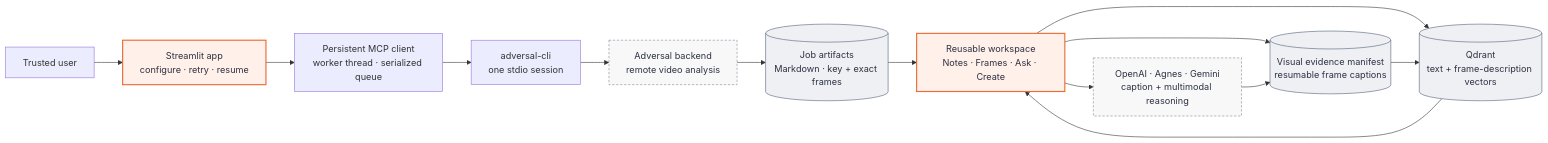
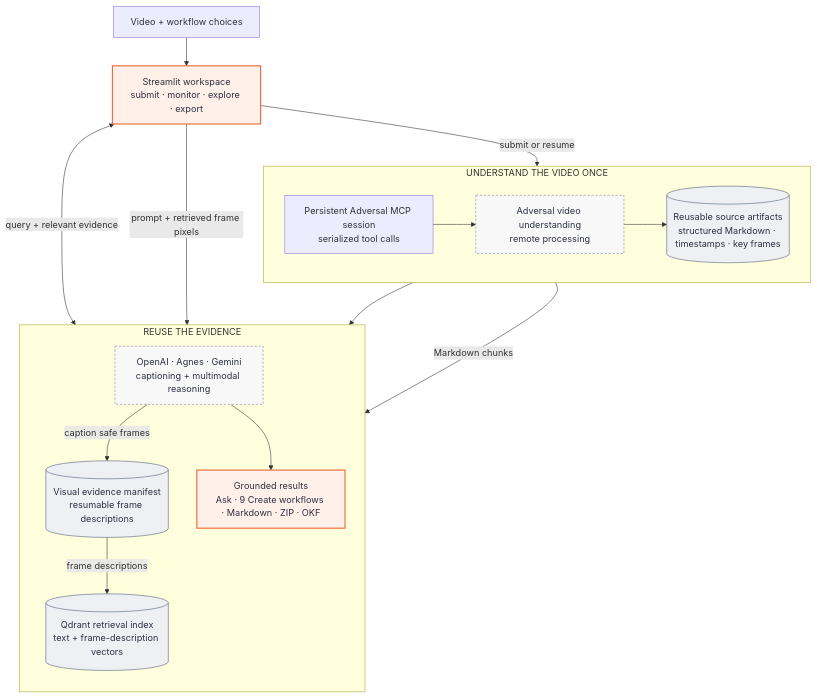
Before and after one commit to pypi-ahmad/video-summarizer: the diagram in docs/diagrams/system-architecture.mmd, drawn with Mermaid. The commit also changed 3 other files, not shown here.

Commit message:
docs: enlarge architecture diagram

```diff
--- a/docs/diagrams/system-architecture.mmd
+++ b/docs/diagrams/system-architecture.mmd
@@ -1,20 +1,32 @@
-flowchart LR
-    user["Trusted user"] --> app["Streamlit app<br/>configure · retry · resume"]
-    app --> client["Persistent MCP client<br/>worker thread · serialized queue"]
-    client --> cli["adversal-cli<br/>one stdio session"]
-    cli --> adversal["Adversal backend<br/>remote video analysis"]
-    adversal --> files[("Job artifacts<br/>Markdown · key + exact frames")]
-    files --> workspace["Reusable workspace<br/>Notes · Frames · Ask · Create"]
-    workspace --> evidence[("Visual evidence manifest<br/>resumable frame captions")]
-    workspace --> qdrant[("Qdrant<br/>text + frame-description vectors")]
-    workspace --> providers["OpenAI · Agnes · Gemini<br/>caption + multimodal reasoning"]
-    evidence --> qdrant
-    qdrant --> workspace
-    providers --> evidence
+flowchart TB
+    user["Video + workflow choices"] --> app["Streamlit workspace<br/>submit · monitor · explore · export"]
+
+    subgraph understand["UNDERSTAND THE VIDEO ONCE"]
+        direction LR
+        mcp["Persistent Adversal MCP session<br/>serialized tool calls"] --> cloud["Adversal video understanding<br/>remote processing"]
+        cloud --> artifacts[("Reusable source artifacts<br/>structured Markdown · timestamps · key frames")]
+    end
+
+    subgraph reuse["REUSE THE EVIDENCE"]
+        direction TB
+        manifest[("Visual evidence manifest<br/>resumable frame descriptions")]
+        qdrant[("Qdrant retrieval index<br/>text + frame-description vectors")]
+        models["OpenAI · Agnes · Gemini<br/>captioning + multimodal reasoning"]
+        outputs["Grounded results<br/>Ask · 9 Create workflows · Markdown · ZIP · OKF"]
+    end
+
+    app -->|submit or resume| mcp
+    artifacts --> manifest
+    artifacts -->|Markdown chunks| qdrant
+    models -->|caption safe frames| manifest
+    manifest -->|frame descriptions| qdrant
+    app <-->|query + relevant evidence| qdrant
+    app -->|prompt + retrieved frame pixels| models
+    models --> outputs
 
     classDef focal fill:#fff0e9,stroke:#eb6c36,color:#2d3142,stroke-width:2px
     classDef store fill:#eef0f4,stroke:#4f5d75,color:#2d3142
     classDef external fill:#f8f8f8,stroke:#7a8399,color:#2d3142,stroke-dasharray:4 3
-    class app,workspace focal
-    class files,evidence,qdrant store
-    class adversal,providers external
+    class app,outputs focal
+    class artifacts,manifest,qdrant store
+    class cloud,models external
```
